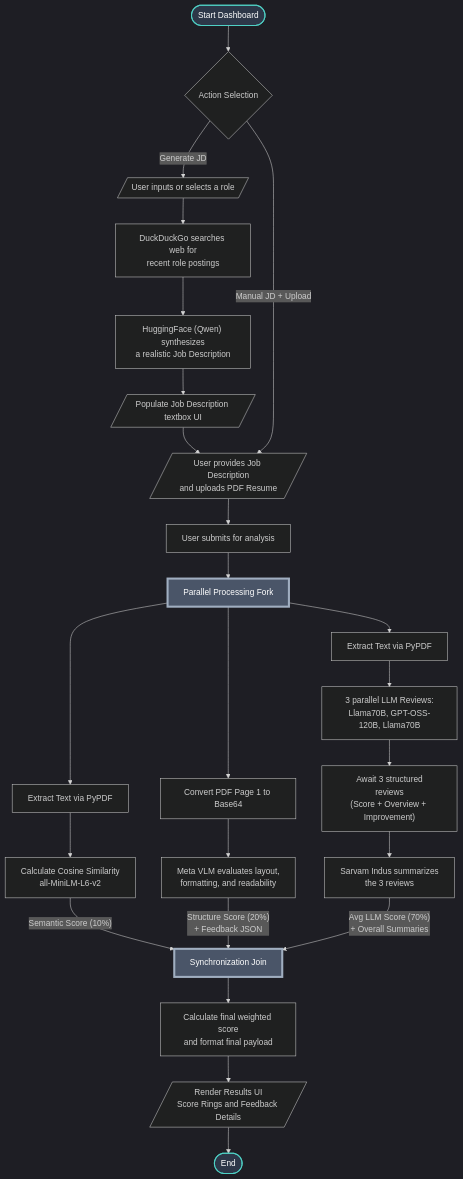
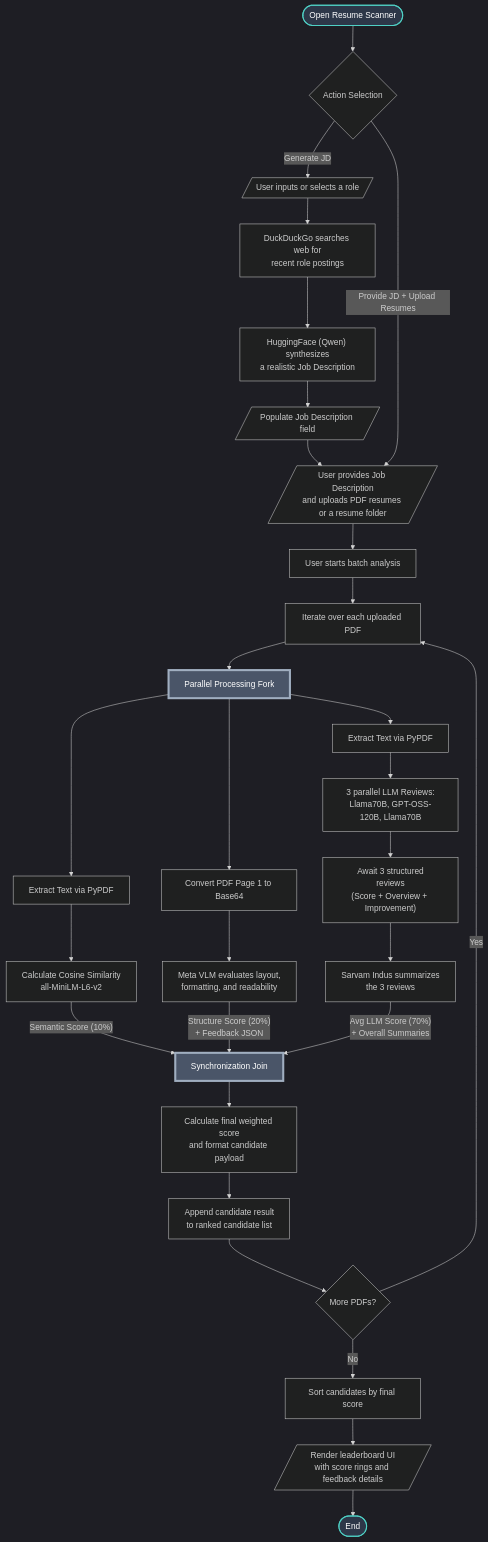
Before and after one commit to mavnish604/Ai_resume_Scanner: the diagram in activity_diagram.mermaid, drawn with Mermaid. The commit also changed 4 other files, not shown here.

Commit message:
corrected diagrams

```diff
--- a/activity_diagram.mermaid
+++ b/activity_diagram.mermaid
@@ -1,74 +1,85 @@
 %%{init: {'theme': 'dark'}}%%
 flowchart TD
     %% Styling for start/end and synchronization nodes
     classDef startEnd fill:#2d3748,stroke:#4fd1c5,stroke-width:2px,color:#fff;
     classDef forkJoin fill:#4a5568,stroke:#a0aec0,stroke-width:4px,color:#fff;
 
-    Start([Start Dashboard])
+    Start([Open Resume Scanner])
     CheckAction{Action Selection}
     Start --> CheckAction
 
     %% PATH 1: JD generation
     InputRole[/User inputs or selects a role/]
     CheckAction -- "Generate JD" --> InputRole
 
     Search["DuckDuckGo searches web for<br/>recent role postings"]
     InputRole --> Search
 
     Synthesize["HuggingFace (Qwen) synthesizes<br/>a realistic Job Description"]
     Search --> Synthesize
 
-    Autofill[/Populate Job Description textbox UI/]
+    Autofill[/Populate Job Description field/]
     Synthesize --> Autofill
     Autofill --> InputJD
 
     %% PATH 2: Main analysis flow
-    InputJD[/User provides Job Description<br/>and uploads PDF Resume/]
-    CheckAction -- "Manual JD + Upload" --> InputJD
+    InputJD[/User provides Job Description<br/>and uploads PDF resumes or a resume folder/]
+    CheckAction -- "Provide JD + Upload Resumes" --> InputJD
 
-    Submit[User submits for analysis]
+    Submit[User starts batch analysis]
     InputJD --> Submit
 
+    BatchLoop[Iterate over each uploaded PDF]
+    Submit --> BatchLoop
+
     Fork[Parallel Processing Fork]
-    Submit --> Fork
+    BatchLoop --> Fork
 
     %% Branch 1: Semantic scoring
     ExtractSemText["Extract Text via PyPDF"]
     Fork --> ExtractSemText
     ScoreSemantic["Calculate Cosine Similarity<br/>all-MiniLM-L6-v2"]
     ExtractSemText --> ScoreSemantic
 
     %% Branch 2: Visual structure scoring
     ExtractImage["Convert PDF Page 1 to Base64"]
     Fork --> ExtractImage
     ScoreStructure["Meta VLM evaluates layout,<br/>formatting, and readability"]
     ExtractImage --> ScoreStructure
 
     %% Branch 3: LLM ensemble review
     ExtractLLMText["Extract Text via PyPDF"]
     Fork --> ExtractLLMText
     RunEnsemble["3 parallel LLM Reviews:<br/>Llama70B, GPT-OSS-120B, Llama70B"]
     ExtractLLMText --> RunEnsemble
     WaitReview["Await 3 structured<br/>reviews<br/>(Score + Overview + Improvement)"]
     RunEnsemble --> WaitReview
     RunSummary["Sarvam Indus summarizes<br/>the 3 reviews"]
     WaitReview --> RunSummary
 
     %% Join concurrent executions
     Join[Synchronization Join]
     ScoreSemantic -- "Semantic Score (10%)" --> Join
     ScoreStructure -- "Structure Score (20%)<br/>+ Feedback JSON" --> Join
     RunSummary -- "Avg LLM Score (70%)<br/>+ Overall Summaries" --> Join
 
-    %% Final aggregation
-    CalcFinal["Calculate final weighted score<br/>and format final payload"]
+    %% Final aggregation per resume
+    CalcFinal["Calculate final weighted score<br/>and format candidate payload"]
     Join --> CalcFinal
 
-    Render[/Render Results UI<br/>Score Rings and Feedback Details/]
-    CalcFinal --> Render
+    Collect[Append candidate result<br/>to ranked candidate list]
+    CalcFinal --> Collect
+    Collect --> MoreFiles{More PDFs?}
+    MoreFiles -- "Yes" --> BatchLoop
+
+    SortRank["Sort candidates by final score"]
+    MoreFiles -- "No" --> SortRank
+
+    Render[/Render leaderboard UI<br/>with score rings and feedback details/]
+    SortRank --> Render
 
     End([End])
     Render --> End
 
     class Start,End startEnd;
     class Fork,Join forkJoin;
```
